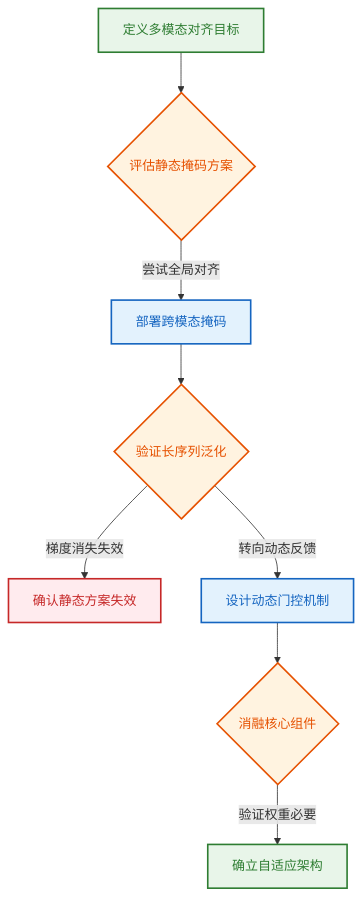
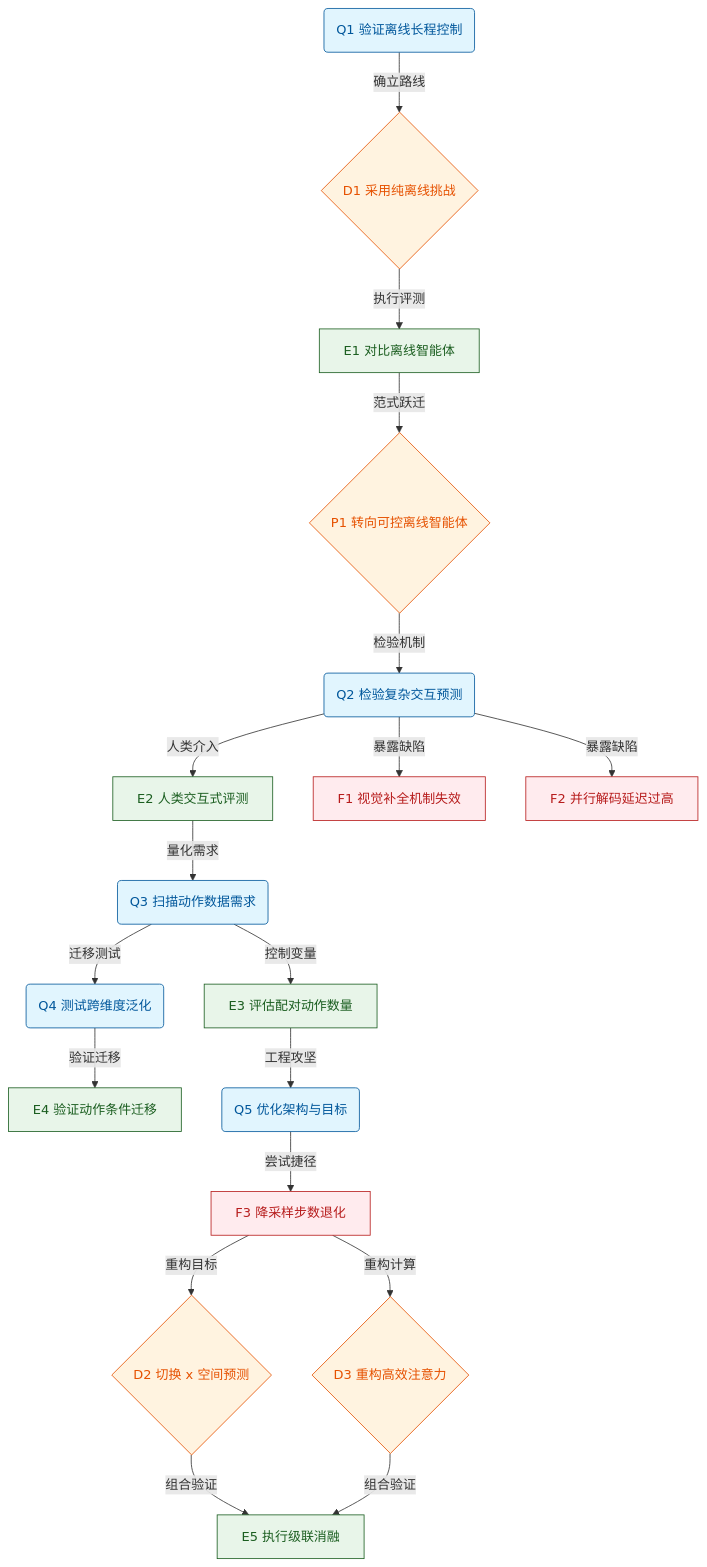
Before and after one commit to ShinewineW/paper-rolling: the seventh of 10 diagrams in person_vault/2026-06-12_TrainingAgentsInsideOfScalableWorldModel_2509.24527/report.md, drawn with Mermaid. The commit also changed other lines of this file and 51 other files, not shown here.

````diff
--- a/person_vault/2026-06-12_TrainingAgentsInsideOfScalableWorldModel_2509.24527/report.md
+++ b/person_vault/2026-06-12_TrainingAgentsInsideOfScalableWorldModel_2509.24527/report.md
@@ -337,15 +498,25 @@
 ```mermaid
 flowchart TB
-  classDef start_end fill:#e8f5e9,color:#2e7d32,stroke:#2e7d32,stroke-width:2px;
-  classDef decision fill:#fff3e0,color:#e65100,stroke:#e65100,stroke-width:2px;
-  classDef process fill:#e3f2fd,color:#1565c0,stroke:#1565c0,stroke-width:2px;
-  classDef dead_end fill:#ffebee,color:#c62828,stroke:#c62828,stroke-width:2px;
+  classDef q fill:#e1f5fe,stroke:#01579b,color:#01579b;
+  classDef d fill:#fff3e0,stroke:#e65100,color:#e65100;
+  classDef e fill:#e8f5e9,stroke:#1b5e20,color:#1b5e20;
+  classDef f fill:#ffebee,stroke:#b71c1c,color:#b71c1c;
 
-  start["定义多模态对齐目标"]:::start_end --> q1{评估静态掩码方案}:::decision
-  q1 -->|尝试全局对齐| mask_impl["部署跨模态掩码"]:::process
-  mask_impl --> q2{验证长序列泛化}:::decision
-  q2 -->|梯度消失失效| dead_end_1["确认静态方案失效"]:::dead_end
-  q2 -->|转向动态反馈| pivot["设计动态门控机制"]:::process
-  pivot --> q3{消融核心组件}:::decision
-  q3 -->|验证权重必要| final_arch["确立自适应架构"]:::start_end
+  q1(Q1 验证离线长程控制):::q -->|确立路线| d1{D1 采用纯离线挑战}:::d
+  d1 -->|执行评测| e1["E1 对比离线智能体"]:::e
+  e1 -->|范式跃迁| p1{P1 转向可控离线智能体}:::d
+  p1 -->|检验机制| q2(Q2 检验复杂交互预测):::q
+  q2 -->|人类介入| e2["E2 人类交互式评测"]:::e
+  q2 -->|暴露缺陷| f1["F1 视觉补全机制失效"]:::f
+  q2 -->|暴露缺陷| f2["F2 并行解码延迟过高"]:::f
+  e2 -->|量化需求| q3(Q3 扫描动作数据需求):::q
+  q3 -->|控制变量| e3["E3 评估配对动作数量"]:::e
+  q3 -->|迁移测试| q4(Q4 测试跨维度泛化):::q
+  q4 -->|验证迁移| e4["E4 验证动作条件迁移"]:::e
+  e3 -->|工程攻坚| q5(Q5 优化架构与目标):::q
+  q5 -->|尝试捷径| f3["F3 降采样步数退化"]:::f
+  f3 -->|重构目标| d2{D2 切换 x 空间预测}:::d
+  f3 -->|重构计算| d3{D3 重构高效注意力}:::d
+  d2 -->|组合验证| e5["E5 执行级联消融"]:::e
+  d3 -->|组合验证| e5
 ```
````
